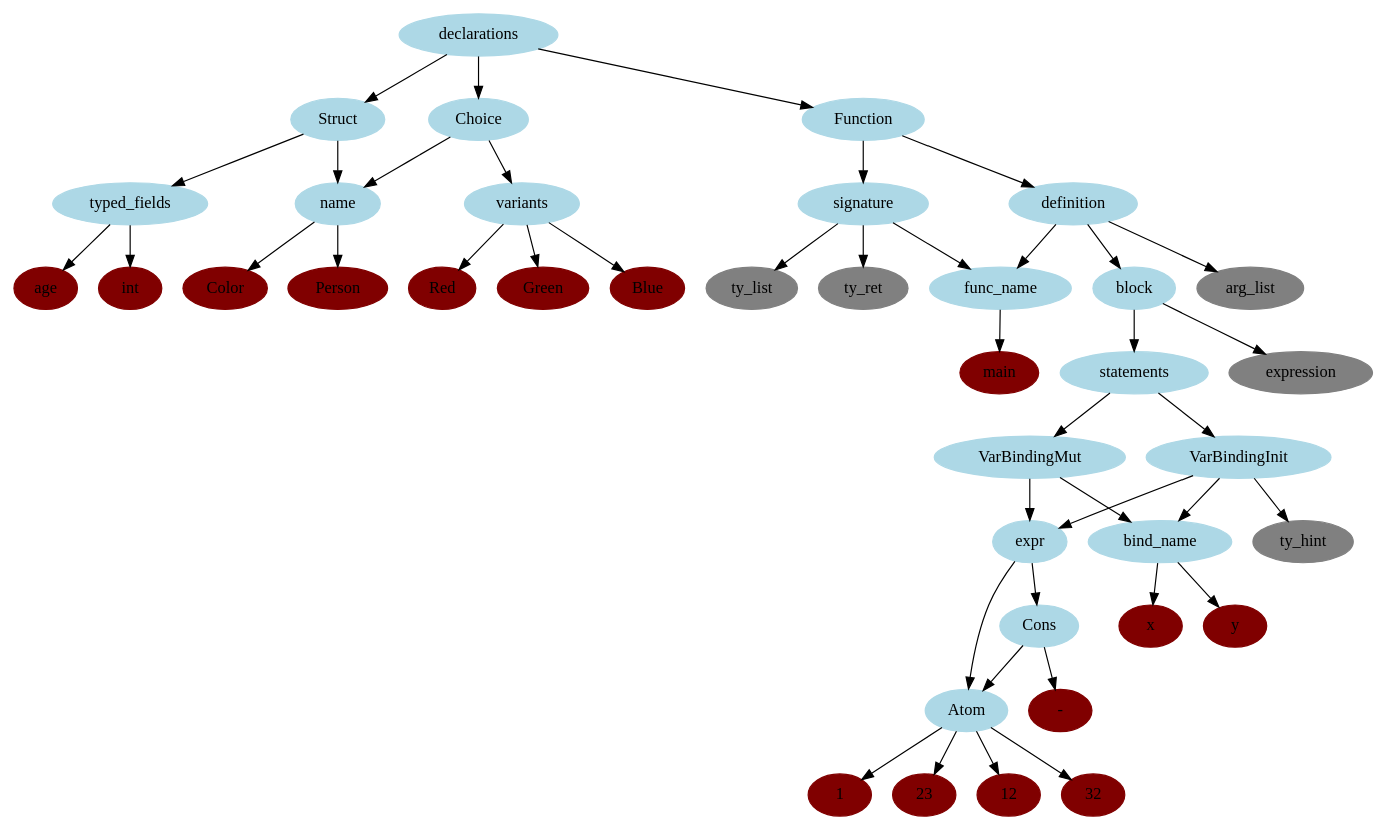
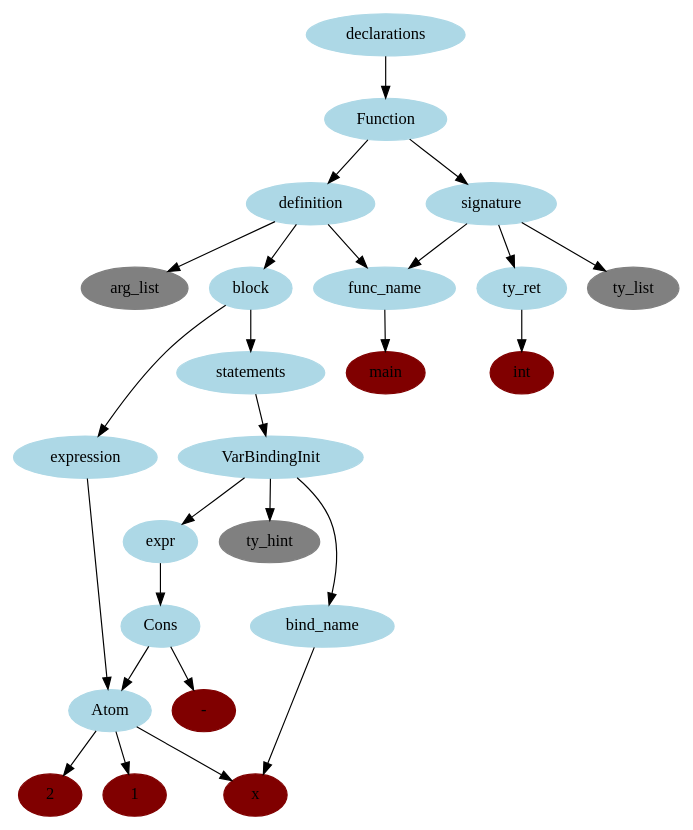
Before and after one commit to Daltonhensley19/AzaleaCapstone: the diagram in ast_dump/Digraph.gv, drawn with Graphviz. The commit also changed 3 other files, not shown here.

Commit message:
AST graph demo

```diff
--- a/ast_dump/Digraph.gv
+++ b/ast_dump/Digraph.gv
@@ -1,148 +1,76 @@
 strict digraph {
-	declarations [color=lightblue style=filled]
-	Choice [color=lightblue style=filled]
-	declarations -> Choice
-	Choice [color=lightblue style=filled]
-	name [color=lightblue style=filled]
-	Choice -> name
-	name [color=lightblue style=filled]
-	Color [color=maroon style=filled]
-	name -> Color
-	Choice -> variants
-	variants [color=lightblue style=filled]
-	Red [color=maroon style=filled]
-	variants -> Red
-	variants [color=lightblue style=filled]
-	Green [color=maroon style=filled]
-	variants -> Green
-	variants [color=lightblue style=filled]
-	Blue [color=maroon style=filled]
-	variants -> Blue
-	declarations [color=lightblue style=filled]
-	Struct [color=lightblue style=filled]
-	declarations -> Struct
-	Struct [color=lightblue style=filled]
-	name [color=lightblue style=filled]
-	Struct -> name
-	name [color=lightblue style=filled]
-	Person [color=maroon style=filled]
-	name -> Person
-	Struct -> typed_fields
-	typed_fields [color=lightblue style=filled]
-	age [color=maroon style=filled]
-	typed_fields -> age
-	typed_fields [color=lightblue style=filled]
-	int [color=maroon style=filled]
-	typed_fields -> int
 	declarations [color=lightblue style=filled]
 	Function [color=lightblue style=filled]
 	declarations -> Function
 	Function [color=lightblue style=filled]
 	signature [color=lightblue style=filled]
 	Function -> signature
 	signature [color=lightblue style=filled]
 	func_name [color=lightblue style=filled]
 	signature -> func_name
 	func_name [color=lightblue style=filled]
 	main [color=maroon style=filled]
 	func_name -> main
 	signature -> ty_list
 	ty_list [color=grey style=filled]
+	signature [color=lightblue style=filled]
+	ty_ret [color=lightblue style=filled]
 	signature -> ty_ret
-	ty_ret [color=grey style=filled]
+	ty_ret [color=lightblue style=filled]
+	int [color=maroon style=filled]
+	ty_ret -> int
 	Function [color=lightblue style=filled]
 	definition [color=lightblue style=filled]
 	Function -> definition
 	definition [color=lightblue style=filled]
 	func_name [color=lightblue style=filled]
 	definition -> func_name
 	func_name [color=lightblue style=filled]
 	main [color=maroon style=filled]
 	func_name -> main
 	definition -> arg_list
 	arg_list [color=grey style=filled]
 	definition [color=lightblue style=filled]
 	block [color=lightblue style=filled]
 	definition -> block
 	block -> statements
 	statements [color=lightblue style=filled]
 	VarBindingInit [color=lightblue style=filled]
 	statements -> VarBindingInit
 	VarBindingInit [color=lightblue style=filled]
 	bind_name [color=lightblue style=filled]
 	VarBindingInit -> bind_name
 	bind_name [color=lightblue style=filled]
 	x [color=maroon style=filled]
 	bind_name -> x
 	VarBindingInit -> ty_hint
 	ty_hint [color=grey style=filled]
 	VarBindingInit [color=lightblue style=filled]
 	expr [color=lightblue style=filled]
 	VarBindingInit -> expr
-	expr [color=lightblue style=filled]
-	Atom [color=lightblue style=filled]
-	expr -> Atom
-	Atom [color=lightblue style=filled]
-	1 [color=maroon style=filled]
-	Atom -> 1
-	statements [color=lightblue style=filled]
-	VarBindingInit [color=lightblue style=filled]
-	statements -> VarBindingInit
-	VarBindingInit [color=lightblue style=filled]
-	bind_name [color=lightblue style=filled]
-	VarBindingInit -> bind_name
-	bind_name [color=lightblue style=filled]
-	y [color=maroon style=filled]
-	bind_name -> y
-	VarBindingInit -> ty_hint
-	ty_hint [color=grey style=filled]
-	VarBindingInit [color=lightblue style=filled]
-	expr [color=lightblue style=filled]
-	VarBindingInit -> expr
 	expr -> Cons
 	Cons [color=lightblue style=filled]
 	"-" [color=maroon style=filled]
 	Cons -> "-"
 	Cons [color=lightblue style=filled]
 	Atom [color=lightblue style=filled]
 	Cons -> Atom
 	Atom [color=lightblue style=filled]
-	23 [color=maroon style=filled]
-	Atom -> 23
+	2 [color=maroon style=filled]
+	Atom -> 2
 	Cons [color=lightblue style=filled]
 	Atom [color=lightblue style=filled]
 	Cons -> Atom
 	Atom [color=lightblue style=filled]
-	12 [color=maroon style=filled]
-	Atom -> 12
-	statements [color=lightblue style=filled]
-	VarBindingMut [color=lightblue style=filled]
-	statements -> VarBindingMut
-	VarBindingMut [color=lightblue style=filled]
-	bind_name [color=lightblue style=filled]
-	VarBindingMut -> bind_name
-	bind_name [color=lightblue style=filled]
-	y [color=maroon style=filled]
-	bind_name -> y
-	VarBindingMut [color=lightblue style=filled]
-	expr [color=lightblue style=filled]
-	VarBindingMut -> expr
-	expr -> Cons
-	Cons [color=lightblue style=filled]
-	"-" [color=maroon style=filled]
-	Cons -> "-"
-	Cons [color=lightblue style=filled]
+	1 [color=maroon style=filled]
+	Atom -> 1
+	block [color=lightblue style=filled]
+	expression [color=lightblue style=filled]
+	block -> expression
+	expression [color=lightblue style=filled]
 	Atom [color=lightblue style=filled]
-	Cons -> Atom
+	expression -> Atom
 	Atom [color=lightblue style=filled]
-	23 [color=maroon style=filled]
-	Atom -> 23
-	Cons [color=lightblue style=filled]
-	Atom [color=lightblue style=filled]
-	Cons -> Atom
-	Atom [color=lightblue style=filled]
-	32 [color=maroon style=filled]
-	Atom -> 32
-	block -> expression
-	expression [color=grey style=filled]
+	x [color=maroon style=filled]
+	Atom -> x
 }
```
